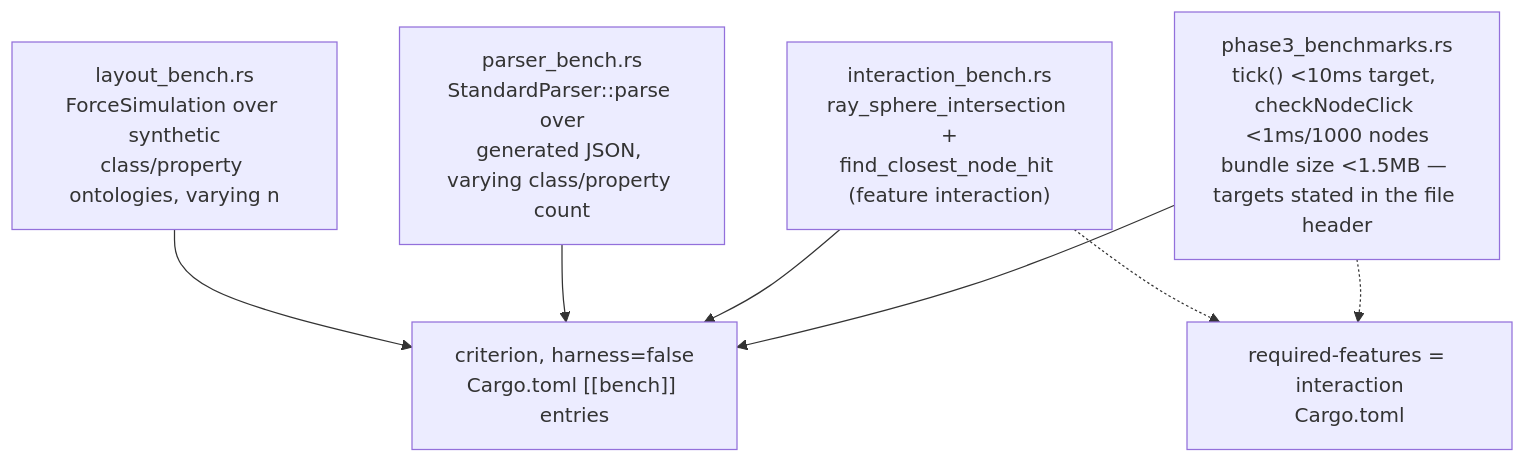
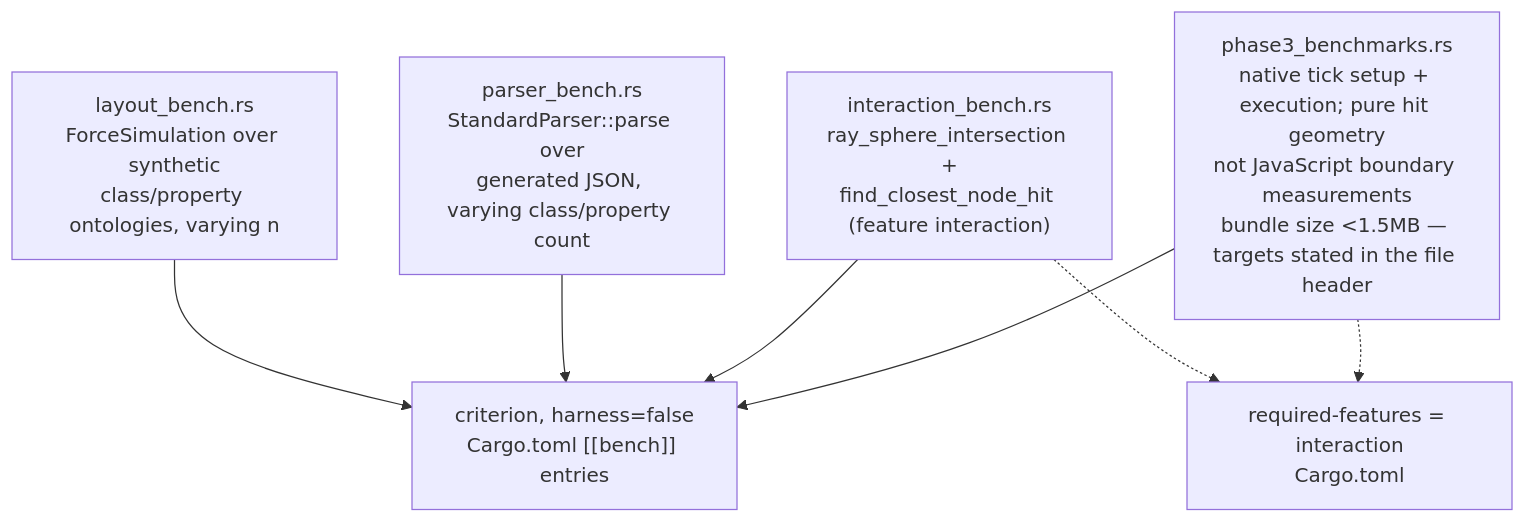
Before and after one commit to DreamLab-AI/VisionFlow: the fourth of 6 diagrams in docs/diagrams/vowl-wasm/05-build-test-bench-and-publish.md, drawn with Mermaid. The commit also changed other lines of this file and 35 other files, not shown here.

````diff
--- a/docs/diagrams/vowl-wasm/05-build-test-bench-and-publish.md
+++ b/docs/diagrams/vowl-wasm/05-build-test-bench-and-publish.md
@@ -100,10 +89,10 @@
 ```mermaid
 flowchart TB
     LB["layout_bench.rs<br/>ForceSimulation over synthetic<br/>class/property ontologies, varying n"]
     PB["parser_bench.rs<br/>StandardParser::parse over<br/>generated JSON, varying class/property count"]
     IB["interaction_bench.rs<br/>ray_sphere_intersection +<br/>find_closest_node_hit (feature interaction)"]
-    P3["phase3_benchmarks.rs<br/>tick() <10ms target, checkNodeClick <1ms/1000 nodes<br/>bundle size <1.5MB — targets stated in the file header"]
+    P3["phase3_benchmarks.rs<br/>native tick setup + execution; pure hit geometry<br/>not JavaScript boundary measurements<br/>bundle size <1.5MB — targets stated in the file header"]
     LB & PB & IB & P3 --> HARNESS["criterion, harness=false<br/>Cargo.toml [[bench]] entries"]
     IB -.-> REQ["required-features = interaction<br/>Cargo.toml"]
     P3 -.-> REQ
 ```
````
